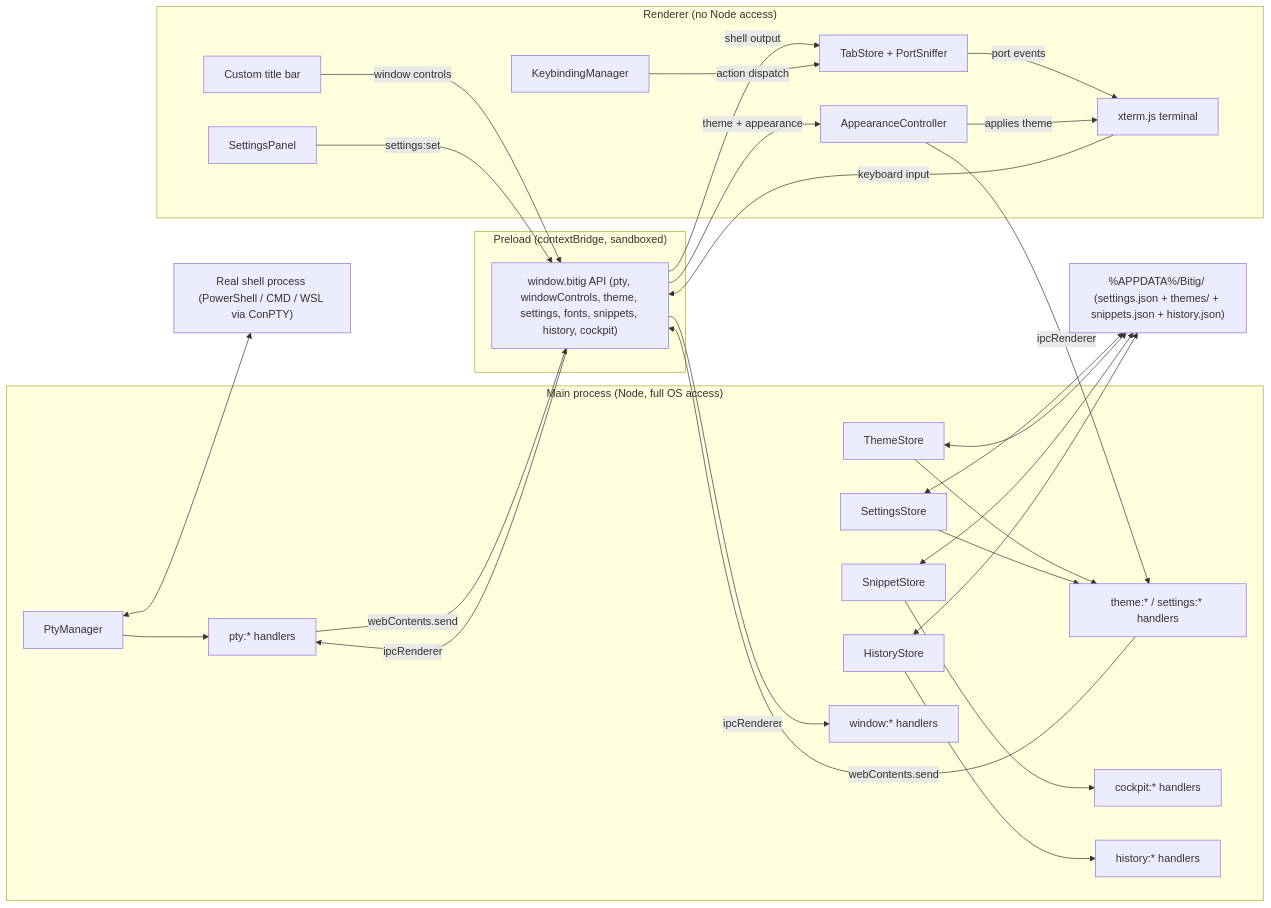
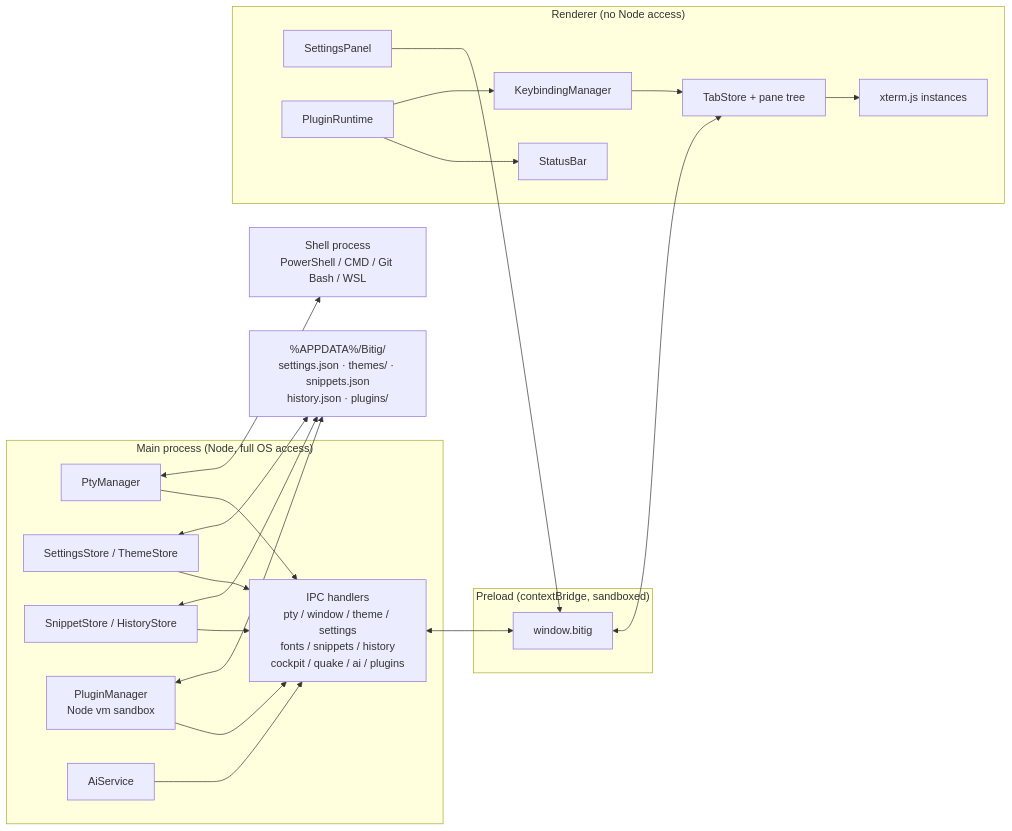
Before and after one commit to sametgurtuna/bitig: the diagram in README.md, drawn with Mermaid. The commit also changed other lines of this file and 30 other files, not shown here.

````diff
--- a/README.md
+++ b/README.md
@@ -137,55 +149,44 @@
 ```mermaid
 flowchart LR
     subgraph Main["Main process (Node, full OS access)"]
         PM[PtyManager]
-        TS[ThemeStore]
-        SS[SettingsStore]
-        SN[SnippetStore]
-        HS[HistoryStore]
-        PH["pty:* handlers"]
-        WH["window:* handlers"]
-        OH["theme:* / settings:* handlers"]
-        CH["cockpit:* handlers"]
-        HH["history:* handlers"]
-        PM --> PH
-        TS --> OH
-        SS --> OH
-        SN --> CH
-        HS --> HH
+        ST[SettingsStore / ThemeStore]
+        SH[SnippetStore / HistoryStore]
+        PL[PluginManager<br/>Node vm sandbox]
+        AI[AiService]
+        H["IPC handlers<br/>pty / window / theme / settings<br/>fonts / snippets / history<br/>cockpit / quake / ai / plugins"]
+        PM --> H
+        ST --> H
+        SH --> H
+        PL --> H
+        AI --> H
     end
 
     subgraph Preload["Preload (contextBridge, sandboxed)"]
-        API["window.bitig API (pty, windowControls, theme, settings, fonts, snippets, history, cockpit)"]
+        API["window.bitig"]
     end
 
     subgraph Renderer["Renderer (no Node access)"]
-        UI["xterm.js terminal"]
-        TB["Custom title bar"]
-        AC["AppearanceController"]
-        TA["TabStore + PortSniffer"]
-        KB["KeybindingManager"]
-        SP["SettingsPanel"]
+        TA["TabStore + pane tree"]
+        UI["xterm.js instances"]
+        KB[KeybindingManager]
+        SP[SettingsPanel]
+        SB[StatusBar]
+        PR[PluginRuntime]
     end
 
-    Shell["Real shell process (PowerShell / CMD / WSL via ConPTY)"]
-    FS["%APPDATA%/Bitig/ (settings.json + themes/ + snippets.json + history.json)"]
+    Shell["Shell process<br/>PowerShell / CMD / Git Bash / WSL"]
+    FS["%APPDATA%/Bitig/<br/>settings.json · themes/ · snippets.json<br/>history.json · plugins/"]
 
     PM <--> Shell
-    SS <--> FS
-    TS <--> FS
-    SN <--> FS
-    HS <--> FS
-    UI -- keyboard input --> API
-    API -- ipcRenderer --> PH
-    PH -- webContents.send --> API
-    API -- shell output --> TA
-    TA -- port events --> UI
-    TB -- window controls --> API
-    API -- ipcRenderer --> WH
-    AC -- ipcRenderer --> OH
-    OH -- webContents.send --> API
-    API -- theme + appearance --> AC
-    AC -- applies theme --> UI
-    KB -- action dispatch --> TA
-    SP -- settings:set --> API
+    ST <--> FS
+    SH <--> FS
+    PL <--> FS
+    H <--> API
+    API <--> TA
+    TA --> UI
+    KB --> TA
+    SP --> API
+    PR --> SB
+    PR --> KB
 ```
````
